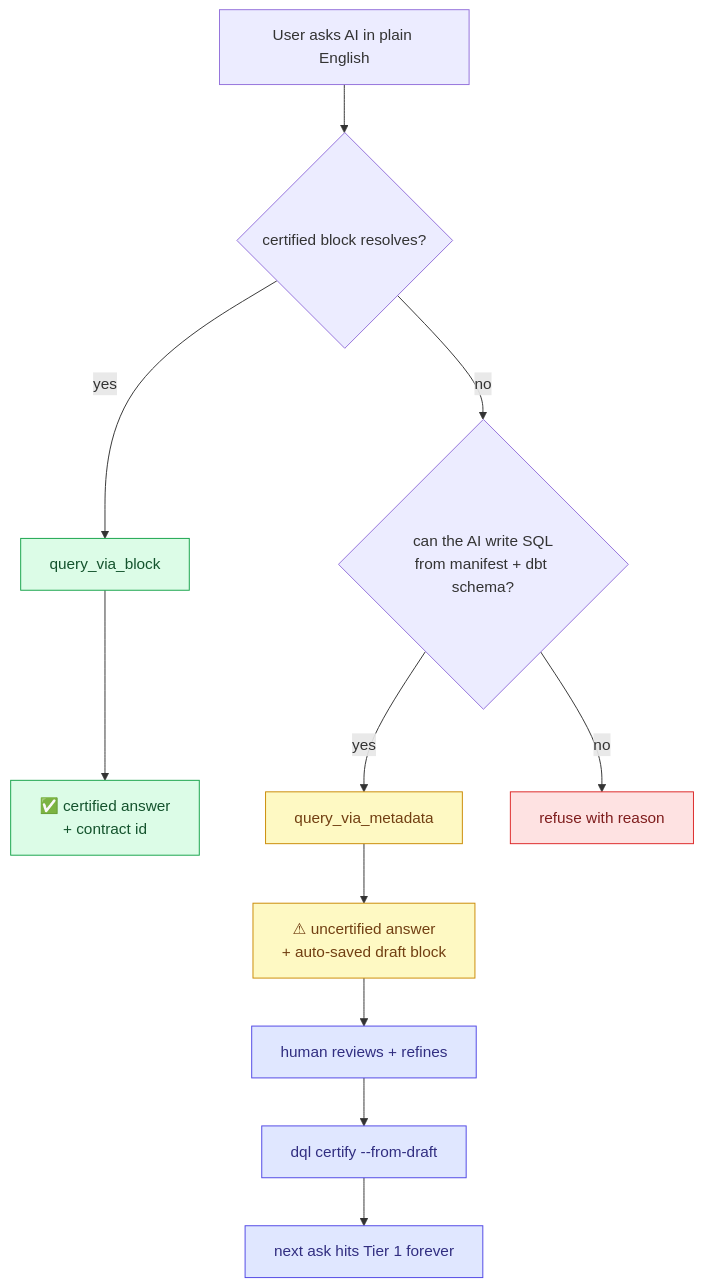
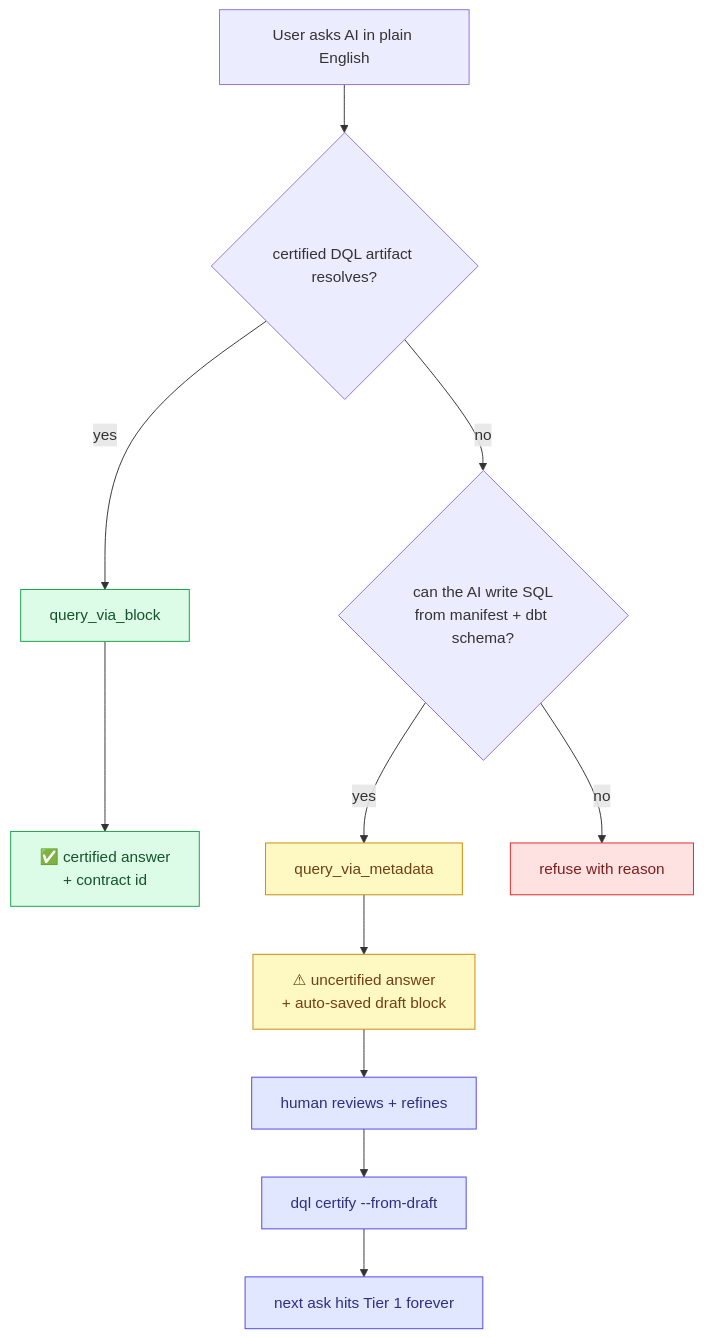
The diagram in docs/architecture/graduated-trust.md (duckcode-ai/dql), drawn with Mermaid before and after one commit. The commit also changed other lines of this file and 13 other files, not shown here.

````diff
--- a/docs/architecture/graduated-trust.md
+++ b/docs/architecture/graduated-trust.md
@@ -11,32 +13,32 @@
 ```mermaid
 flowchart TD
     Ask[User asks AI in plain English]
-    T1{certified block resolves?}
+    T1{certified DQL artifact resolves?}
     T1Tool[query_via_block]
     T1Out["✅ certified answer<br/>+ contract id"]
 
     T2{can the AI write SQL<br/>from manifest + dbt schema?}
     T2Tool[query_via_metadata]
     T2Out["⚠ uncertified answer<br/>+ auto-saved draft block"]
 
     T3Out[refuse with reason]
 
     Review[human reviews + refines]
     Promote["dql certify --from-draft"]
     Done[next ask hits Tier 1 forever]
 
     Ask --> T1
     T1 -- yes --> T1Tool --> T1Out
     T1 -- no --> T2
     T2 -- yes --> T2Tool --> T2Out --> Review --> Promote --> Done
     T2 -- no --> T3Out
 
     classDef tier1 fill:#dcfce7,stroke:#16a34a,color:#14532d
     classDef tier2 fill:#fef9c3,stroke:#ca8a04,color:#713f12
     classDef tier3 fill:#fee2e2,stroke:#dc2626,color:#7f1d1d
     classDef loop fill:#e0e7ff,stroke:#4f46e5,color:#312e81
     class T1Tool,T1Out tier1
     class T2Tool,T2Out tier2
     class T3Out tier3
     class Review,Promote,Done loop
 ```
````
